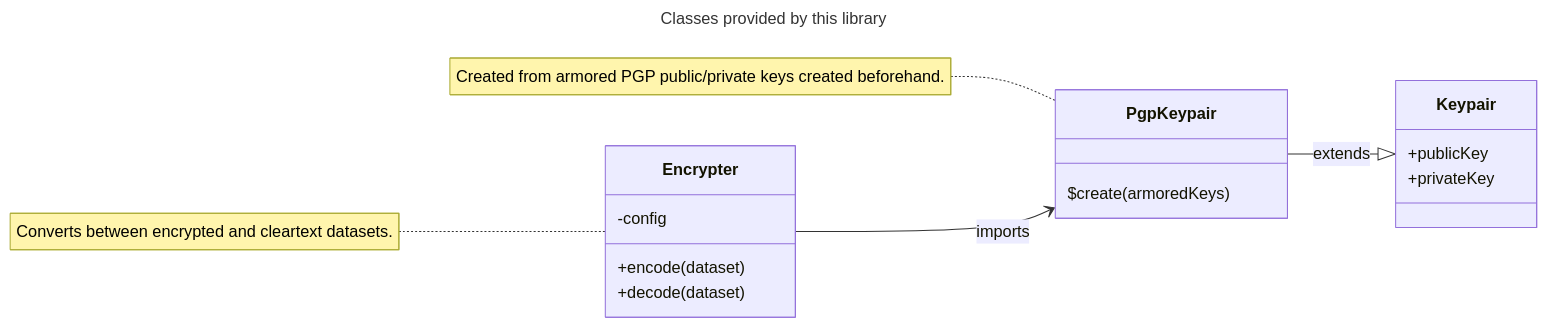
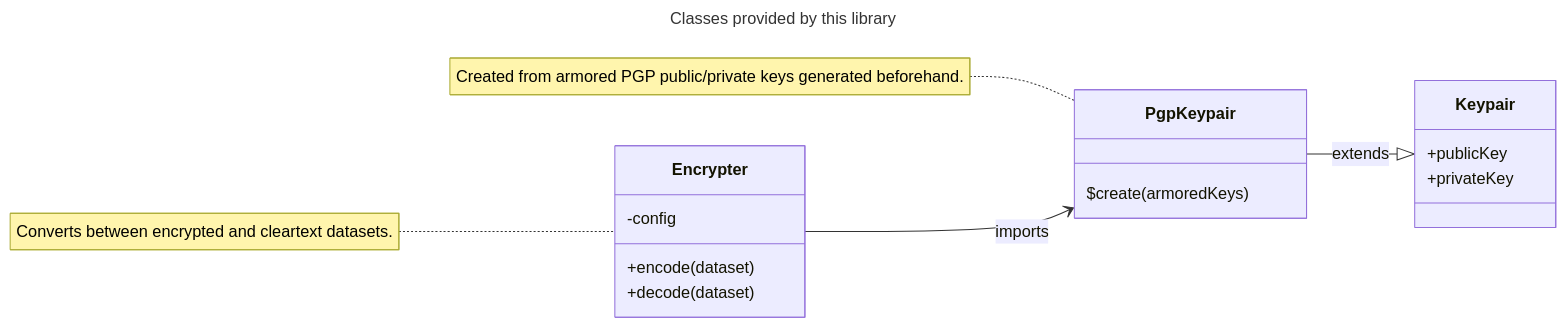
One commit to doga/rdf-encryption changed the second of 3 diagrams in README.md. Above: the diagram before and after it, drawn with Mermaid.

Commit message:
update hp

````diff
--- a/README.md
+++ b/README.md
@@ -38,23 +38,23 @@
 ```mermaid
 ---
 title: Classes provided by this library
 ---
 classDiagram
   direction LR
   class Encrypter {
     -config
     +encode(dataset)
     +decode(dataset)
   }
   class PgpKeypair {
     $create(armoredKeys)
   }
   class Keypair {
     +publicKey
     +privateKey
   }
   PgpKeypair --|> Keypair: extends
   Encrypter --> PgpKeypair : imports
   note for Encrypter "Converts between encrypted and cleartext datasets."
-  note for PgpKeypair "Created from armored PGP public/private keys created beforehand."
+  note for PgpKeypair "Created from armored PGP public/private keys generated beforehand."
 ```
````
